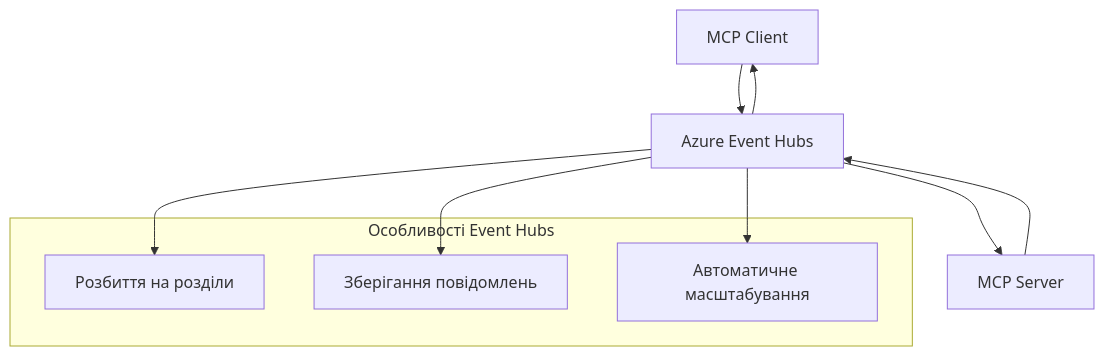
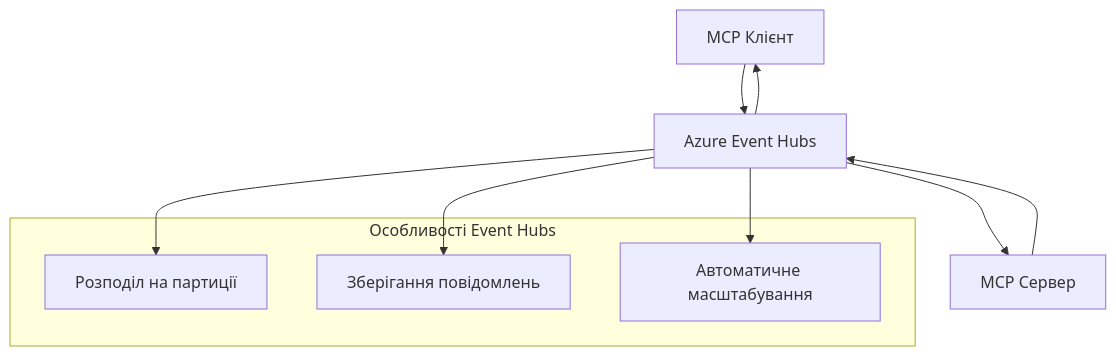
Before and after one commit to HIDORAKAI002/ai-workspace-archive: the second of 2 diagrams in mcp_ecosystem__model_context_protocol/mcp_learning_resources/mcp-for-beginners/translations/uk/05-AdvancedTopics/mcp-transport/README.md, drawn with Mermaid. The commit also changed other lines of this file and 1046 other files, not shown here.

````diff
--- a/mcp_ecosystem__model_context_protocol/mcp_learning_resources/mcp-for-beginners/translations/uk/05-AdvancedTopics/mcp-transport/README.md
+++ b/mcp_ecosystem__model_context_protocol/mcp_learning_resources/mcp-for-beginners/translations/uk/05-AdvancedTopics/mcp-transport/README.md
@@ -270,17 +272,17 @@
 ```mermaid
 graph TB
-    Client[MCP Client] --> EH[Azure Event Hubs]
-    EH --> Server[MCP Server]
+    Client[MCP Клієнт] --> EH[Azure Event Hubs]
+    EH --> Server[MCP Сервер]
     Server --> EH
     EH --> Client
     
     subgraph "Особливості Event Hubs"
-        Partition[Розбиття на розділи]
+        Partition[Розподіл на партиції]
         Retention[Зберігання повідомлень]
         Scaling[Автоматичне масштабування]
     end
     
     EH --> Partition
     EH --> Retention
     EH --> Scaling
 ```
````
